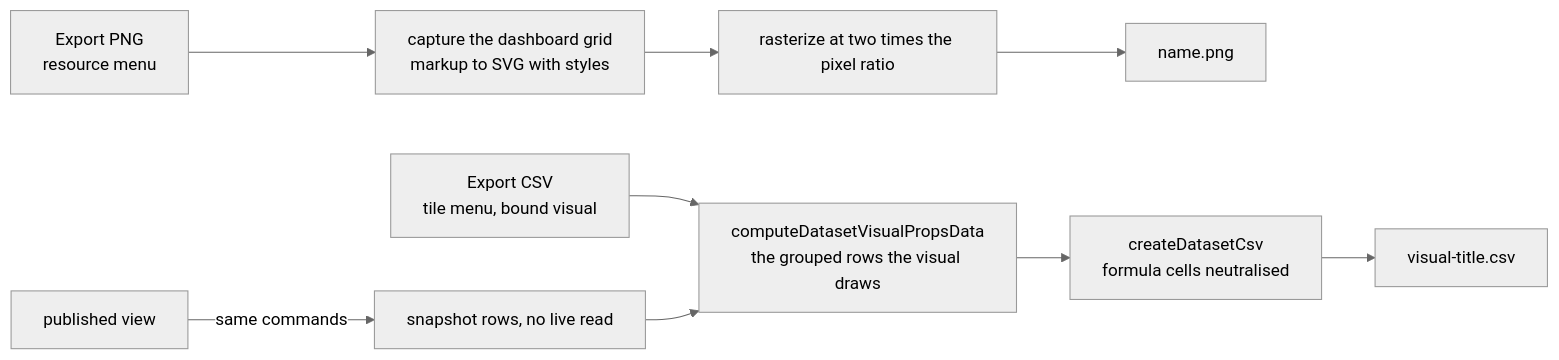
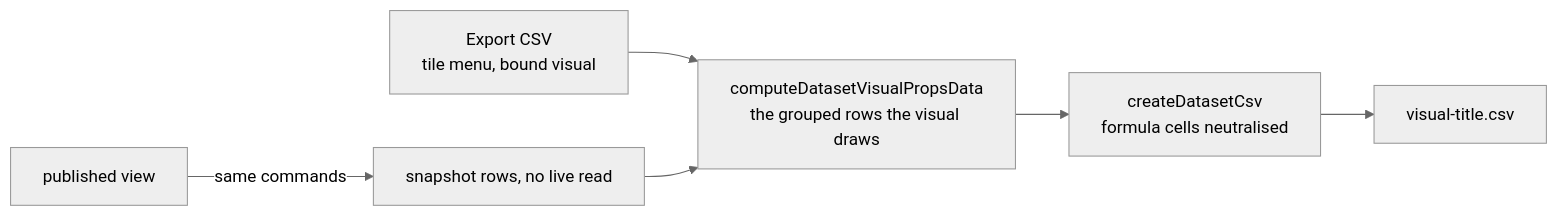
Before and after one commit to Esposter/Esposter: the diagram in openspec/specs/resource/dashboard-export/design.md, drawn with Mermaid (neutral theme). The commit also changed other lines of this file and 11 other files, not shown here.

````diff
--- a/openspec/specs/resource/dashboard-export/design.md
+++ b/openspec/specs/resource/dashboard-export/design.md
@@ -21,11 +21,8 @@
 ```mermaid
 flowchart LR
-  PAGE["Export PNG<br/>resource menu"] --> CAP["capture the dashboard grid<br/>markup to SVG with styles"]
-  CAP --> RAS["rasterize at two times the pixel ratio"]
-  RAS --> FILE1["name.png"]
   TILE["Export CSV<br/>tile menu, bound visual"] --> DRAW["computeDatasetVisualPropsData<br/>the grouped rows the visual draws"]
   DRAW --> CSV["createDatasetCsv<br/>formula cells neutralised"]
   CSV --> FILE2["visual-title.csv"]
   PUB["published view"] -->|"same commands"| SNAP["snapshot rows, no live read"]
   SNAP --> DRAW
 ```
````
